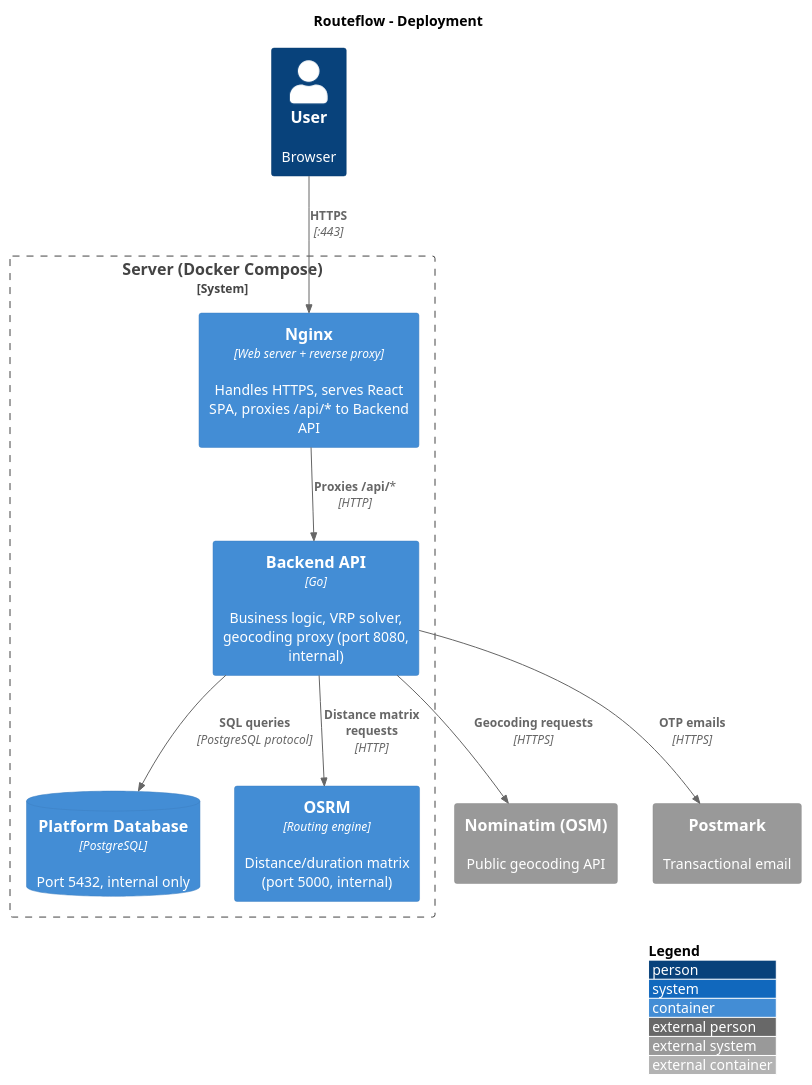
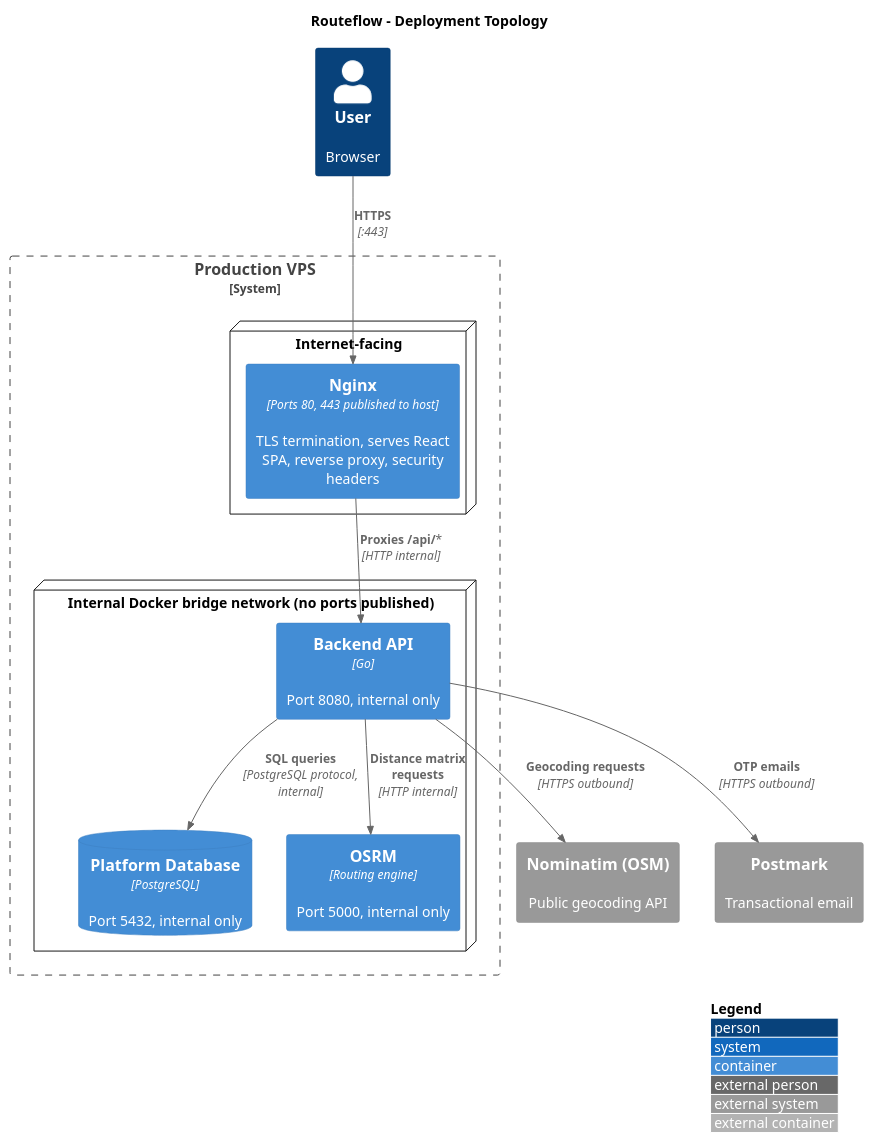
The second of 3 diagrams in technical-design/readme.md (softwharee/gradrepo), drawn with PlantUML before and after one commit. The commit also changed other lines of this file and 2 other files, not shown here.

````diff
--- a/technical-design/readme.md
+++ b/technical-design/readme.md
@@ -232,29 +100,33 @@
 ```plantuml
 @startuml Deployment
 !include <C4/C4_Container>
 
 LAYOUT_WITH_LEGEND()
 
-title Routeflow - Deployment
+title Routeflow - Deployment Topology
 
 Person(user, "User", "Browser")
 
 System_Ext(nominatim, "Nominatim (OSM)", "Public geocoding API")
 System_Ext(postmark, "Postmark", "Transactional email")
 
-System_Boundary(vps, "Server (Docker Compose)") {
-    Container(nginx, "Nginx", "Web server + reverse proxy", "Handles HTTPS, serves React SPA, proxies /api/* to Backend API")
-    Container(api, "Backend API", "Go", "Business logic, VRP solver, geocoding proxy (port 8080, internal)")
-    ContainerDb(db, "Platform Database", "PostgreSQL", "Port 5432, internal only")
-    Container(osrm, "OSRM", "Routing engine", "Distance/duration matrix (port 5000, internal)")
+System_Boundary(vps, "Production VPS") {
+    node "Internet-facing" {
+        Container(nginx, "Nginx", "Ports 80, 443 published to host", "TLS termination, serves React SPA, reverse proxy, security headers")
+    }
+    node "Internal Docker bridge network (no ports published)" {
+        Container(api, "Backend API", "Go", "Port 8080, internal only")
+        ContainerDb(db, "Platform Database", "PostgreSQL", "Port 5432, internal only")
+        Container(osrm, "OSRM", "Routing engine", "Port 5000, internal only")
+    }
 }
 
 Rel(user, nginx, "HTTPS", ":443")
-Rel(nginx, api, "Proxies /api/*", "HTTP")
-Rel(api, db, "SQL queries", "PostgreSQL protocol")
-Rel(api, osrm, "Distance matrix requests", "HTTP")
-Rel(api, nominatim, "Geocoding requests", "HTTPS")
-Rel(api, postmark, "OTP emails", "HTTPS")
+Rel(nginx, api, "Proxies /api/*", "HTTP internal")
+Rel(api, db, "SQL queries", "PostgreSQL protocol, internal")
+Rel(api, osrm, "Distance matrix requests", "HTTP internal")
+Rel(api, nominatim, "Geocoding requests", "HTTPS outbound")
+Rel(api, postmark, "OTP emails", "HTTPS outbound")
 
 @enduml
 ```
````
